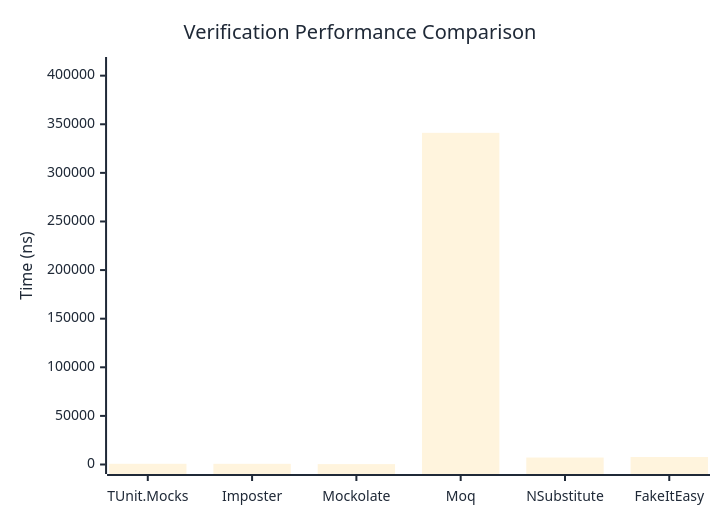
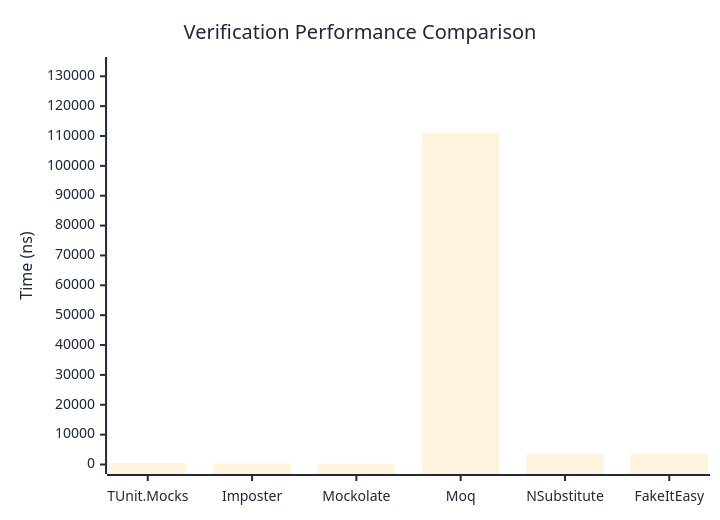
One commit to thomhurst/TUnit changed the first of 3 diagrams in docs/docs/benchmarks/mocks/Verification.md. Above: the diagram before and after it, drawn with Mermaid. The commit also changed other lines of this file and 14 other files, not shown here.

````diff
--- a/docs/docs/benchmarks/mocks/Verification.md
+++ b/docs/docs/benchmarks/mocks/Verification.md
@@ -30,27 +30,27 @@
 ```mermaid
 %%{init: {
   'theme':'base',
   'themeVariables': {
     'primaryColor': '#2563eb',
     'primaryTextColor': '#1f2937',
     'primaryBorderColor': '#1e40af',
     'lineColor': '#6b7280',
     'secondaryColor': '#7c3aed',
     'tertiaryColor': '#dc2626',
     'background': '#ffffff',
     'pie1': '#2563eb',
     'pie2': '#7c3aed',
     'pie3': '#dc2626',
     'pie4': '#f59e0b',
     'pie5': '#10b981',
     'pie6': '#06b6d4',
     'pie7': '#ec4899',
     'pie8': '#6366f1'
   }
 }}%%
 xychart-beta
   title "Verification Performance Comparison"
   x-axis ["TUnit.Mocks", "Imposter", "Mockolate", "Moq", "NSubstitute", "FakeItEasy"]
-  y-axis "Time (ns)" 0 --> 409424
-  bar [739.21, 691.43, 412.27, 341185.9, 7174.78, 7726.8]
+  y-axis "Time (ns)" 0 --> 133272
+  bar [432.43, 378.12, 243.58, 111059.45, 3530.49, 3663.21]
 ```
````
